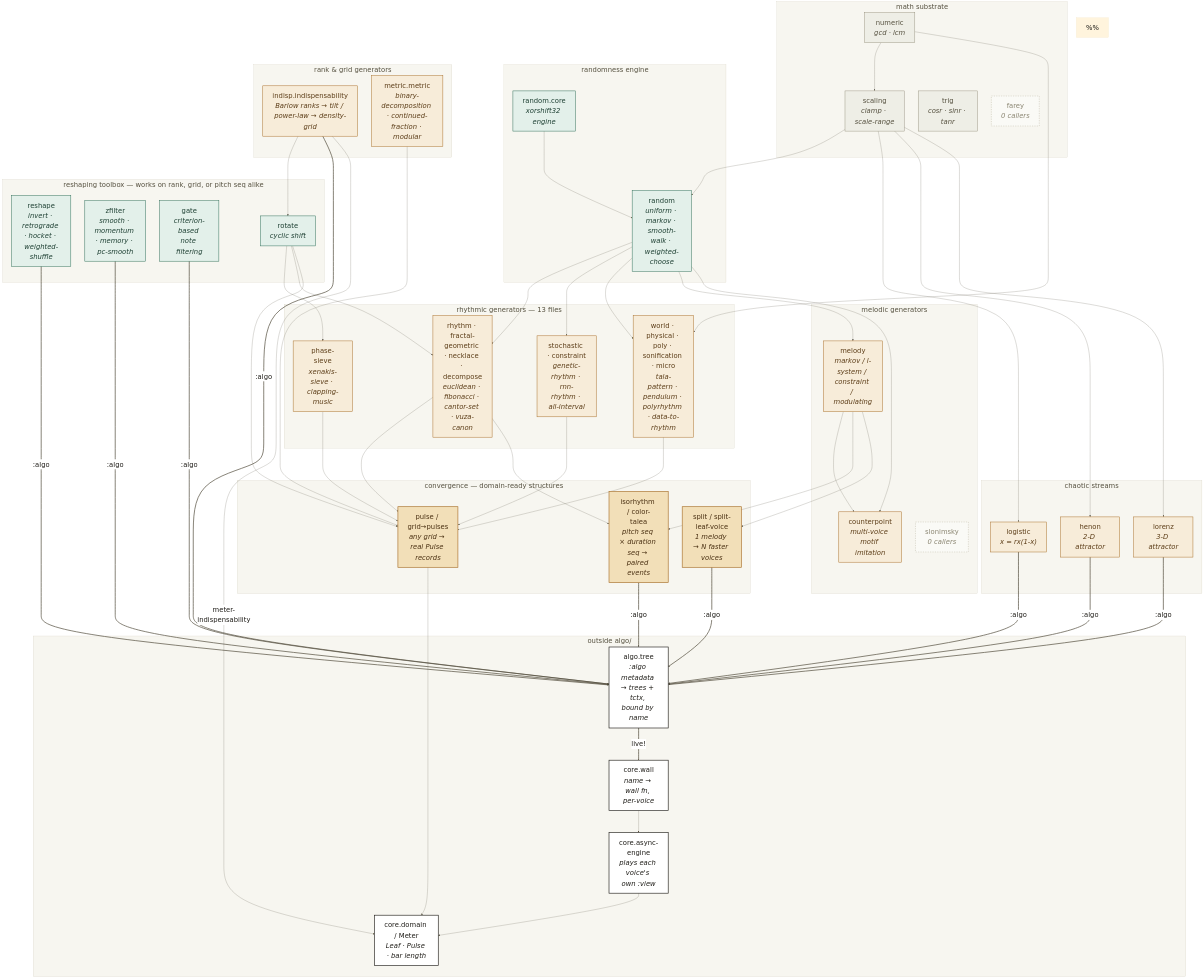
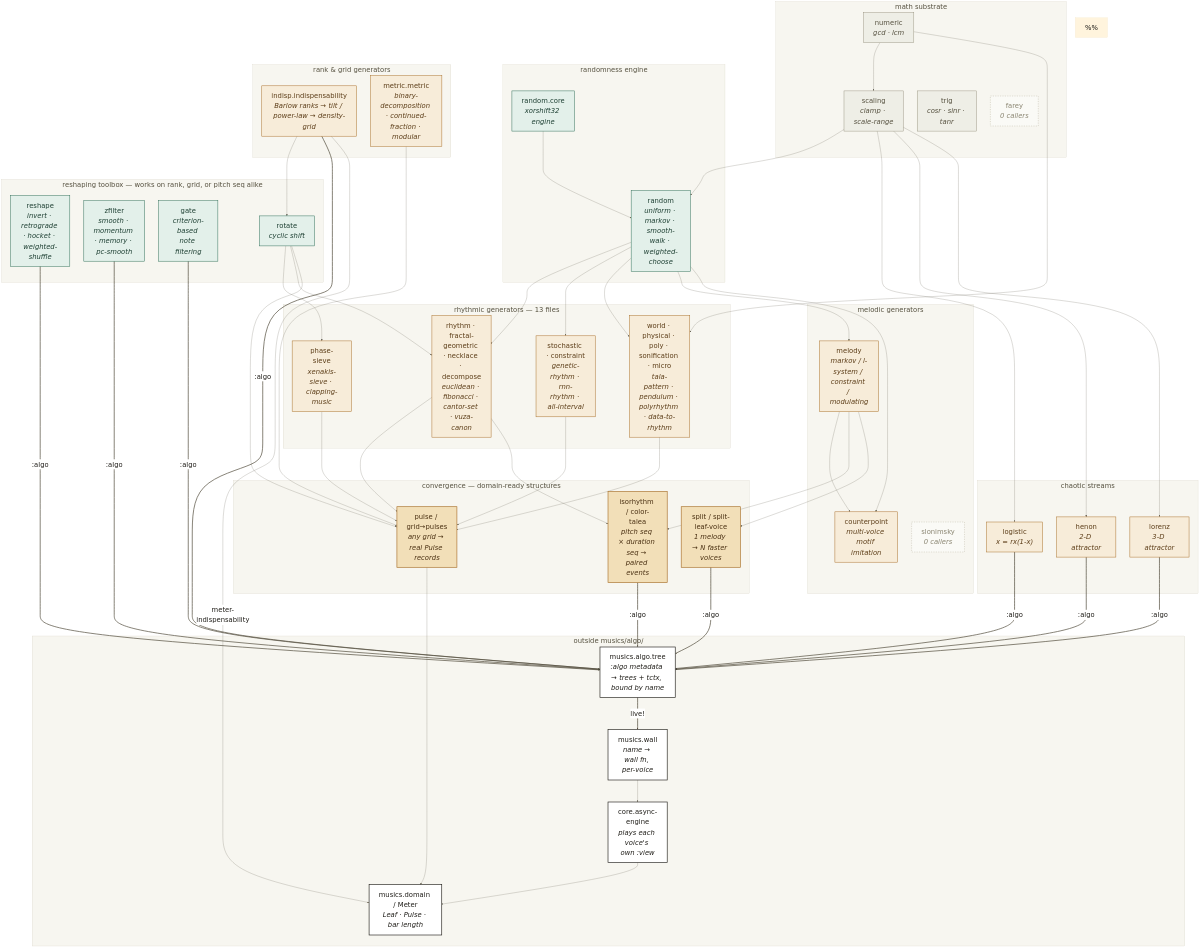
Before and after one commit to gebdevalk/musics: the diagram in doc/algo-signal-chains.mmd, drawn with Mermaid. The commit also changed 273 other files, not shown here.

First line of the commit message:
refactor: every namespace under musics. -- no core/ directory

```diff
--- a/doc/algo-signal-chains.mmd
+++ b/doc/algo-signal-chains.mmd
@@ -1,140 +1,140 @@
 %%{init: {'theme': 'base', 'themeVariables': {'fontSize': '34px', 'fontFamily': 'Helvetica, Arial, sans-serif', 'lineColor': '#55503f', 'edgeLabelBackground': '#ffffff', 'textColor': '#201e19', 'primaryTextColor': '#201e19'}, 'flowchart': {'nodeSpacing': 70, 'rankSpacing': 110, 'padding': 24, 'htmlLabels': true}} }%%
 flowchart TB
-    %% algo-signal-chains.mmd -- a map of how algo/'s generative modules
+    %% algo-signal-chains.mmd -- a map of how musics/algo/'s generative modules
     %% can feed one another (ranks, grids, pitch sequences, chaotic
-    %% streams) on the way into core.wall/core.async-engine and the real
+    %% streams) on the way into musics.wall/core.async-engine and the real
     %% domain model. Solid edges are real code dependencies or already-
     %% tested chains; thick edges mark a module's fns carrying :algo
-    %% metadata, composed into an algo.tree tree, bound by name into
-    %% core.wall for live playback. Surveyed against the real algo/ :require
+    %% metadata, composed into an musics.algo.tree tree, bound by name into
+    %% musics.wall for live playback. Surveyed against the real musics/algo/ :require
     %% graph, not reasoned from memory -- see doc/decisions.md if this
     %% drifts from the code later.
     %%
     %% Regenerate (A3-landscape print pair), from the repo root:
     %%   npx -y @mermaid-js/mermaid-cli -i doc/algo-signal-chains.mmd \
     %%     -o /tmp/diagram.png -b '#ffffff' -w 4960 --scale 1
     %%   (wrap diagram.png in an SVG sized width="420mm" height="297mm",
     %%    convert with `mutool convert`, then `mutool poster -x 2 -y 1`
     %%    to split into two A4-portrait pages for a printer with no A3 tray)
     classDef math fill:#eeeee6,stroke:#8a8571,color:#55503f,stroke-width:2px
     classDef rng fill:#e3f0ea,stroke:#2e6e58,color:#1d3f32,stroke-width:2.4px
     classDef gen fill:#f7ecd9,stroke:#a9702b,color:#5c3d18,stroke-width:2.4px
     classDef tool fill:#e3f0ea,stroke:#2e6e58,color:#1d3f32,stroke-width:2.4px
     classDef conv fill:#f2dfb8,stroke:#a9702b,color:#4a3012,stroke-width:3.2px
     classDef engine fill:#ffffff,stroke:#201e19,color:#201e19,stroke-width:3.2px
     classDef dormant fill:#fafaf6,stroke:#b5b09c,color:#8a8571,stroke-dasharray: 6 6,stroke-width:2px
 
     subgraph MATH[" math substrate "]
         NUM["numeric<br/><i>gcd · lcm</i>"]
         SCALE["scaling<br/><i>clamp · scale-range</i>"]
         TRIG["trig<br/><i>cosr · sinr · tanr</i>"]
         FAREY["farey<br/><i>0 callers</i>"]:::dormant
     end
 
     subgraph RNG[" randomness engine "]
         RCORE["random.core<br/><i>xorshift32 engine</i>"]
         RAND["random<br/><i>uniform · markov · smooth-walk · weighted-choose</i>"]
     end
 
     subgraph RANK[" rank &amp; grid generators "]
         INDISP["indisp.indispensability<br/><i>Barlow ranks → tilt / power-law → density-grid</i>"]
         METRIC["metric.metric<br/><i>binary-decomposition · continued-fraction · modular</i>"]
     end
 
     subgraph RHYTHM[" rhythmic generators — 13 files "]
         EUCLID["rhythm · fractal-geometric · necklace · decompose<br/><i>euclidean · fibonacci · cantor-set · vuza-canon</i>"]
         SIEVE["phase-sieve<br/><i>xenakis-sieve · clapping-music</i>"]
         STOCH["stochastic · constraint<br/><i>genetic-rhythm · rnn-rhythm · all-interval</i>"]
         WORLDF["world · physical · poly · sonification · micro<br/><i>tala-pattern · pendulum · polyrhythm · data-to-rhythm</i>"]
     end
 
     subgraph MELODIC[" melodic generators "]
         MELODY["melody<br/><i>markov / l-system / constraint / modulating</i>"]
         CPOINT["counterpoint<br/><i>multi-voice motif imitation</i>"]
         SLON["slonimsky<br/><i>0 callers</i>"]:::dormant
     end
 
     subgraph CHAOS[" chaotic streams "]
         LOGIS["logistic<br/><i>x = rx(1-x)</i>"]
         HENON["henon<br/><i>2-D attractor</i>"]
         LOREN["lorenz<br/><i>3-D attractor</i>"]
     end
 
     subgraph TOOLBOX[" reshaping toolbox — works on rank, grid, or pitch seq alike "]
         RESHAPE["reshape<br/><i>invert · retrograde · hocket · weighted-shuffle</i>"]
         ZFILT["zfilter<br/><i>smooth · momentum · memory · pc-smooth</i>"]
         GATE["gate<br/><i>criterion-based note filtering</i>"]
         ROTATE["rotate<br/><i>cyclic shift</i>"]
     end
 
     subgraph CONVERGE[" convergence — domain-ready structures "]
         PULSE["pulse / grid→pulses<br/><i>any grid → real Pulse records</i>"]
         ISO["isorhythm / color-talea<br/><i>pitch seq × duration seq → paired events</i>"]
         SPLIT["split / split-leaf-voice<br/><i>1 melody → N faster voices</i>"]
     end
 
-    subgraph ENGINE[" outside algo/ "]
-        TREE["algo.tree<br/><i>:algo metadata → trees + tctx, bound by name</i>"]
-        WALL["core.wall<br/><i>name → wall fn, per-voice</i>"]
+    subgraph ENGINE[" outside musics/algo/ "]
+        TREE["musics.algo.tree<br/><i>:algo metadata → trees + tctx, bound by name</i>"]
+        WALL["musics.wall<br/><i>name → wall fn, per-voice</i>"]
         ASYNC["core.async-engine<br/><i>plays each voice's own :view</i>"]
-        DOMAIN["core.domain / Meter<br/><i>Leaf · Pulse · bar length</i>"]
+        DOMAIN["musics.domain / Meter<br/><i>Leaf · Pulse · bar length</i>"]
     end
 
     style MATH fill:#f7f6f0,stroke:#c9c3ae,color:#55503f
     style RNG fill:#f7f6f0,stroke:#c9c3ae,color:#55503f
     style RANK fill:#f7f6f0,stroke:#c9c3ae,color:#55503f
     style RHYTHM fill:#f7f6f0,stroke:#c9c3ae,color:#55503f
     style MELODIC fill:#f7f6f0,stroke:#c9c3ae,color:#55503f
     style CHAOS fill:#f7f6f0,stroke:#c9c3ae,color:#55503f
     style TOOLBOX fill:#f7f6f0,stroke:#c9c3ae,color:#55503f
     style CONVERGE fill:#f7f6f0,stroke:#c9c3ae,color:#55503f
     style ENGINE fill:#f7f6f0,stroke:#c9c3ae,color:#55503f
 
     class NUM,SCALE,TRIG math
     class RCORE,RAND rng
     class INDISP,METRIC gen
     class EUCLID,SIEVE,STOCH,WORLDF gen
     class MELODY,CPOINT gen
     class LOGIS,HENON,LOREN gen
     class RESHAPE,ZFILT,GATE,ROTATE tool
     class PULSE,ISO,SPLIT conv
     class TREE,WALL,ASYNC,DOMAIN engine
 
     NUM --> SCALE
     RCORE --> RAND
     SCALE --> RAND
 
     RAND --> EUCLID
     RAND --> STOCH
     RAND --> WORLDF
     ROTATE --> SIEVE
     ROTATE --> EUCLID
     NUM --> WORLDF
 
     RAND --> MELODY
     RAND --> CPOINT
     MELODY --> CPOINT
 
     SCALE --> LOGIS
     SCALE --> HENON
     SCALE --> LOREN
 
     INDISP --> ROTATE
     ROTATE --> PULSE
     METRIC --> PULSE
     EUCLID --> PULSE
     STOCH --> PULSE
     WORLDF --> PULSE
     SIEVE --> PULSE
 
     MELODY --> ISO
     EUCLID --> ISO
     MELODY --> SPLIT
 
     GATE & RESHAPE & ZFILT & LOGIS & HENON & LOREN & ISO & SPLIT & INDISP ==>|":algo"| TREE
     TREE ==>|"live!"| WALL
 
     PULSE --> DOMAIN
     WALL --> ASYNC
     ASYNC --> DOMAIN
     INDISP -->|"meter-indispensability"| DOMAIN
```
